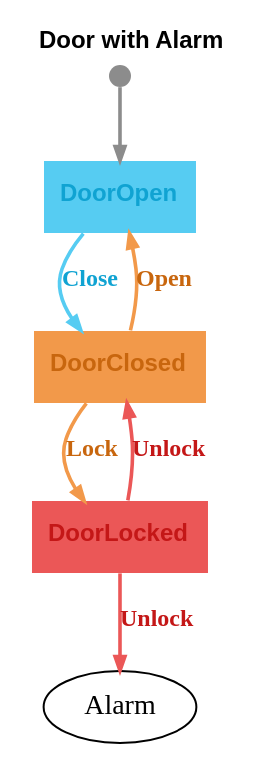
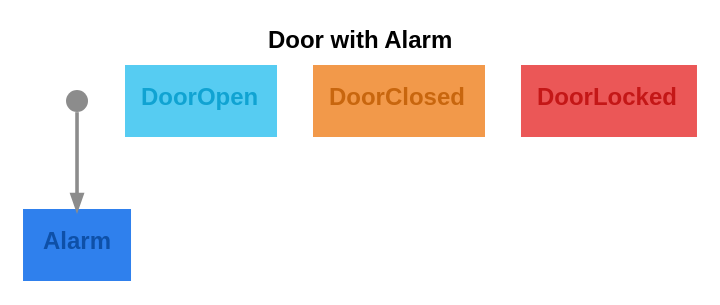
One commit to m-bock/purescript-transit changed the diagram in graphs/door-with-alarm.dot. Above: the diagram before and after it, drawn with Graphviz. The commit also changed 17 other files, not shown here.

```diff
--- a/graphs/door-with-alarm.dot
+++ b/graphs/door-with-alarm.dot
@@ -1,14 +1,10 @@
 digraph 
 {
 rankdir = "TD";fontname = "Arial";label = <<b>Door with Alarm</b>>;labelloc = "t";fontsize = 12
+Alarm [shape = "box", label = <<b>Alarm</b>>, fontsize = 12, style = "filled", fillcolor = "#2f80ed", fontcolor = "#0e50a8", fontname = "Arial", labelloc = "c", penwidth = 0.0]
+__Start__ [shape = "circle", label = "", width = 0.15, height = 0.15, fixedsize = true, style = "filled", fillcolor = "#8c8c8c", penwidth = 0.0]
+__Start__ -> Alarm [color = "#8c8c8c", fontsize = 12, arrowsize = "0.7", penwidth = 1.8]
 DoorOpen [shape = "box", label = <<b>DoorOpen</b>>, fontsize = 12, style = "filled", fillcolor = "#56ccf2", fontcolor = "#10a3d2", fontname = "Arial", labelloc = "c", penwidth = 0.0]
-__Start__ [shape = "circle", label = "", width = 0.15, height = 0.15, fixedsize = true, style = "filled", fillcolor = "#8c8c8c", penwidth = 0.0]
-__Start__ -> DoorOpen [color = "#8c8c8c", fontsize = 12, arrowsize = "0.7", penwidth = 1.8]
-DoorOpen -> DoorClosed [color = "#56ccf2", fontcolor = "#10a3d2", fontsize = 12, arrowsize = "0.7", label = <<b>Close</b>>, penwidth = 1.8]
 DoorClosed [shape = "box", label = <<b>DoorClosed</b>>, fontsize = 12, style = "filled", fillcolor = "#f2994a", fontcolor = "#c8660e", fontname = "Arial", labelloc = "c", penwidth = 0.0]
-DoorClosed -> DoorLocked [color = "#f2994a", fontcolor = "#c8660e", fontsize = 12, arrowsize = "0.7", label = <<b>Lock</b>>, penwidth = 1.8]
-DoorClosed -> DoorOpen [color = "#f2994a", fontcolor = "#c8660e", fontsize = 12, arrowsize = "0.7", label = <<b>Open</b>>, penwidth = 1.8]
 DoorLocked [shape = "box", label = <<b>DoorLocked</b>>, fontsize = 12, style = "filled", fillcolor = "#eb5757", fontcolor = "#c41717", fontname = "Arial", labelloc = "c", penwidth = 0.0]
-DoorLocked -> DoorClosed [color = "#eb5757", fontcolor = "#c41717", fontsize = 12, arrowsize = "0.7", label = <<b>Unlock</b>>, penwidth = 1.8]
-DoorLocked -> Alarm [color = "#eb5757", fontcolor = "#c41717", fontsize = 12, arrowsize = "0.7", label = <<b>Unlock</b>>, penwidth = 1.8]
 }
```
